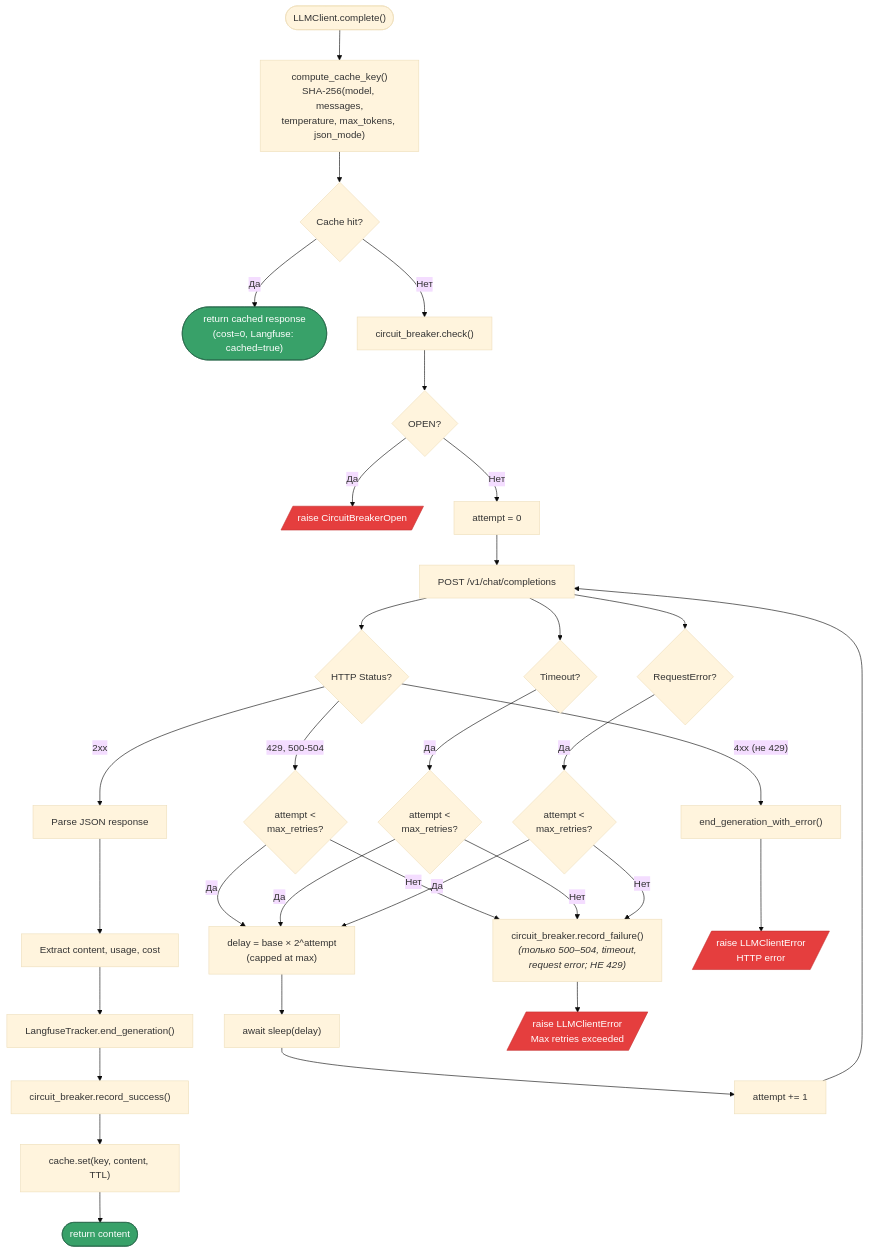
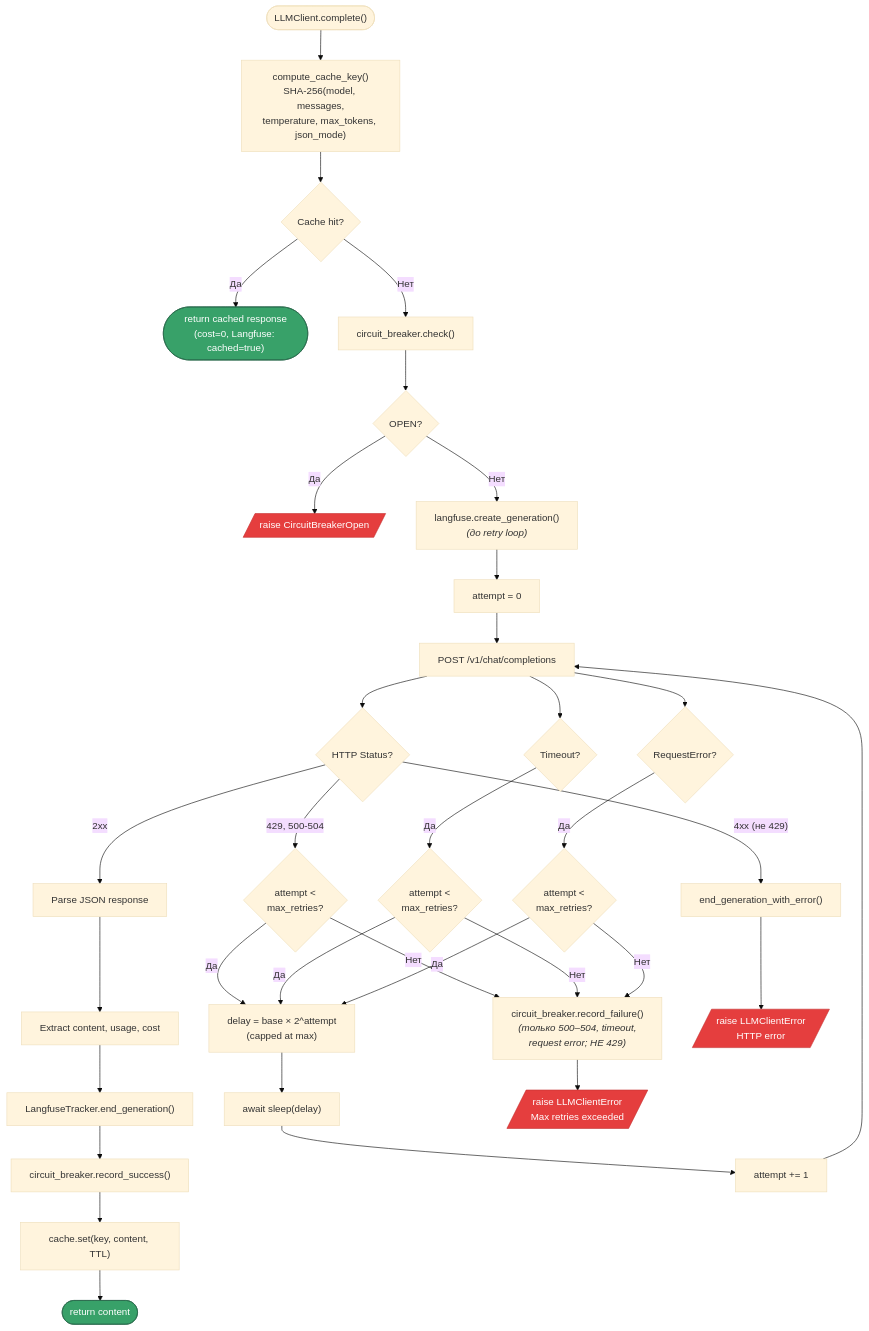
One commit to RomiconEZ/Multi-Agent-Interview-Coach changed the fifth of 8 diagrams in docs/diagrams/workflow.md. Above: the diagram before and after it, drawn with Mermaid (base theme). The commit also changed other lines of this file, not shown here.

Commit message:
Update workflow diagram: clarify response handling and agent interactions, enhance readability

````diff
--- a/docs/diagrams/workflow.md
+++ b/docs/diagrams/workflow.md
@@ -184,47 +187,48 @@
 ```mermaid
 flowchart TD
     A(["LLMClient.complete()"]) --> A1["compute_cache_key()<br/>SHA-256(model, messages,<br/>temperature, max_tokens, json_mode)"]
     A1 --> A2{"Cache hit?"}
     A2 -->|"Да"| A3(["return cached response<br/>(cost=0, Langfuse: cached=true)"])
     A2 -->|"Нет"| B["circuit_breaker.check()"]
     B --> B1{OPEN?}
     B1 -->|Да| B2[/"raise CircuitBreakerOpen"/]
-    B1 -->|Нет| C["attempt = 0"]
+    B1 -->|Нет| B3["langfuse.create_generation()<br/><i>(до retry loop)</i>"]
+    B3 --> C["attempt = 0"]
 
     C --> D["POST /v1/chat/completions"]
     D --> D1{HTTP Status?}
 
     D1 -->|2xx| E["Parse JSON response"]
     E --> E1["Extract content, usage, cost"]
     E1 --> E2["LangfuseTracker.end_generation()"]
     E2 --> E3["circuit_breaker.record_success()"]
     E3 --> E4["cache.set(key, content, TTL)"]
     E4 --> F(["return content"])
 
     D1 -->|429, 500-504| G{"attempt &lt;<br/>max_retries?"}
     G -->|Да| G1["delay = base × 2^attempt<br/>(capped at max)"]
     G1 --> G2["await sleep(delay)"]
     G2 --> G3["attempt += 1"]
     G3 --> D
     G -->|Нет| G4["circuit_breaker.record_failure()<br/><i>(только 500–504, timeout,<br/>request error; НЕ 429)</i>"]
     G4 --> G5[/"raise LLMClientError<br/>Max retries exceeded"/]
 
     D1 -->|"4xx (не 429)"| H["end_generation_with_error()"]
     H --> H1[/"raise LLMClientError<br/>HTTP error"/]
 
     D --> T{Timeout?}
     T -->|Да| T1{"attempt &lt;<br/>max_retries?"}
     T1 -->|Да| G1
     T1 -->|Нет| G4
 
     D --> R{RequestError?}
     R -->|Да| R1{"attempt &lt;<br/>max_retries?"}
     R1 -->|Да| G1
     R1 -->|Нет| G4
 
     style B2 fill:#e53e3e,stroke:#c53030,color:#fff
     style G5 fill:#e53e3e,stroke:#c53030,color:#fff
     style H1 fill:#e53e3e,stroke:#c53030,color:#fff
     style A3 fill:#38a169,stroke:#276749,color:#fff
     style F fill:#38a169,stroke:#276749,color:#fff
 ```
````
